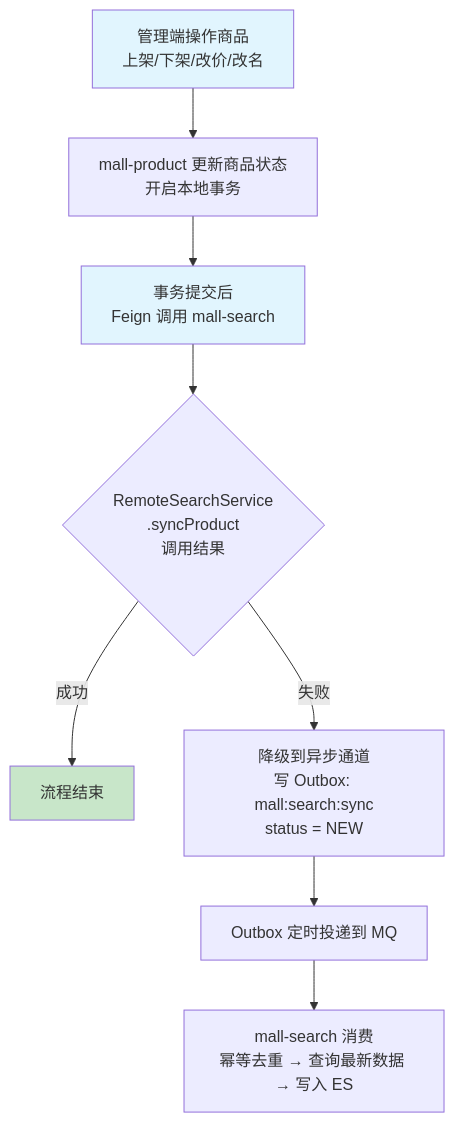
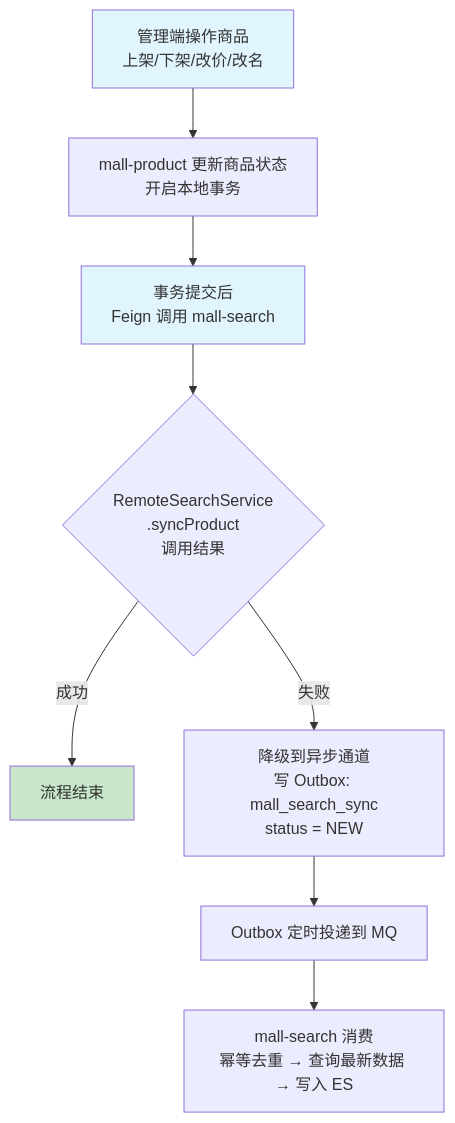
Before and after one commit to 1016297824/JH-Mall: the tenth of 12 diagrams in docs/design/03_05_系统详细设计-核心业务详细流程.md, drawn with Mermaid. The commit also changed other lines of this file and 20 other files, not shown here.

````diff
--- a/docs/design/03_05_系统详细设计-核心业务详细流程.md
+++ b/docs/design/03_05_系统详细设计-核心业务详细流程.md
@@ -427,14 +427,14 @@
 ```mermaid
 graph TD
     A["管理端操作商品<br/>上架/下架/改价/改名"] --> B["mall-product 更新商品状态<br/>开启本地事务"]
     B --> C["事务提交后<br/>Feign 调用 mall-search"]
     C --> D{"RemoteSearchService<br/>.syncProduct<br/>调用结果"}
     D -->|"成功"| E["流程结束"]
-    D -->|"失败"| F["降级到异步通道<br/>写 Outbox: mall:search:sync<br/>status = NEW"]
+    D -->|"失败"| F["降级到异步通道<br/>写 Outbox: mall_search_sync<br/>status = NEW"]
     F --> G["Outbox 定时投递到 MQ"]
     G --> H["mall-search 消费<br/>幂等去重 → 查询最新数据 → 写入 ES"]
 
     style A fill:#e1f5fe
     style C fill:#e1f5fe
     style E fill:#c8e6c9
 ```
````
